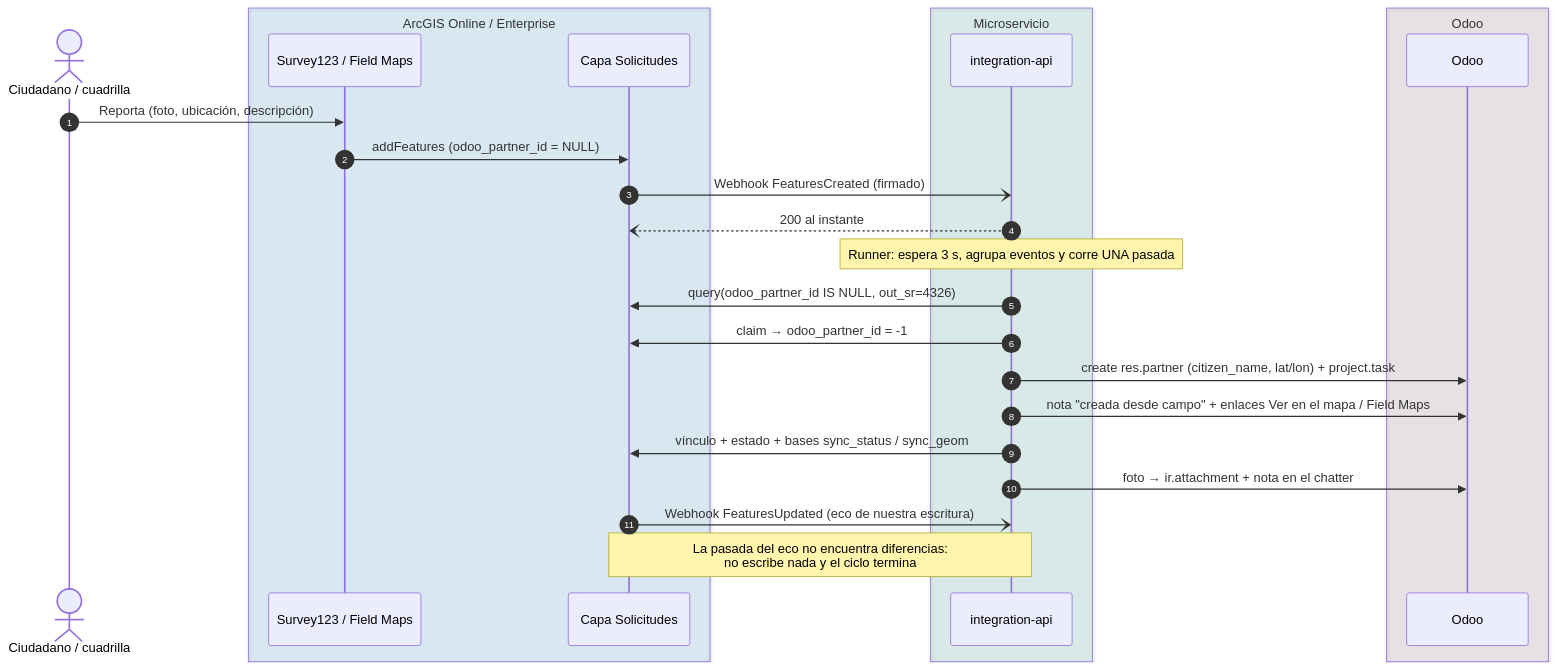
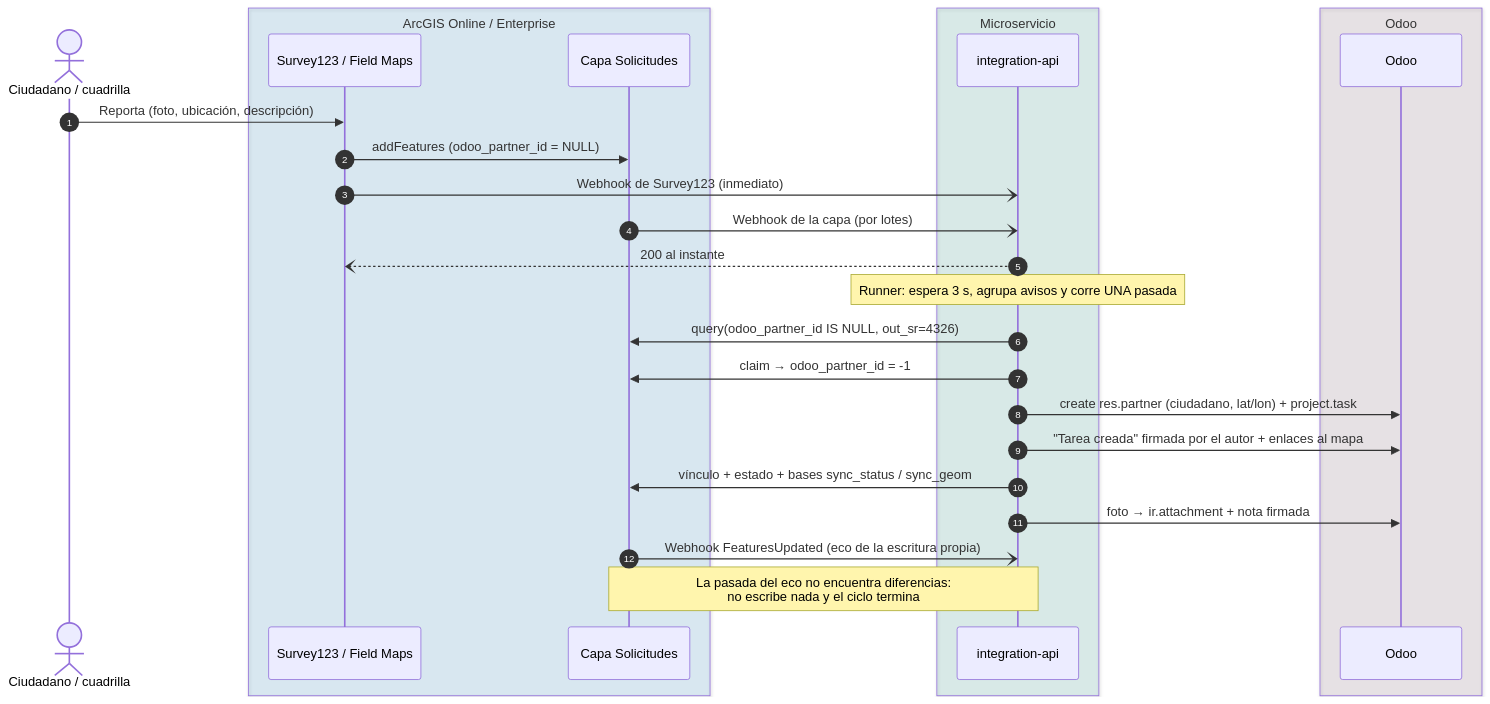
One commit to osbonilla/IntegracionOdooArcGIS changed the fourth of 9 diagrams in README.md. Above: the diagram before and after it, drawn with Mermaid. The commit also changed other lines of this file and 6 other files, not shown here.

````diff
--- a/README.md
+++ b/README.md
@@ -476,29 +716,30 @@
 ```mermaid
 sequenceDiagram
     autonumber
     actor C as Ciudadano / cuadrilla
     box rgba(0,121,193,0.12) ArcGIS Online / Enterprise
         participant F as Survey123 / Field Maps
         participant L as Capa Solicitudes
     end
     box rgba(0,137,123,0.12) Microservicio
         participant API as integration-api
     end
     box rgba(113,75,103,0.12) Odoo
         participant O as Odoo
     end
 
     C->>F: Reporta (foto, ubicación, descripción)
     F->>L: addFeatures (odoo_partner_id = NULL)
-    L-)API: Webhook FeaturesCreated (firmado)
-    API--)L: 200 al instante
-    Note over API: Runner: espera 3 s, agrupa eventos y corre UNA pasada
+    F-)API: Webhook de Survey123 (inmediato)
+    L-)API: Webhook de la capa (por lotes)
+    API--)F: 200 al instante
+    Note over API: Runner: espera 3 s, agrupa avisos y corre UNA pasada
     API->>L: query(odoo_partner_id IS NULL, out_sr=4326)
     API->>L: claim → odoo_partner_id = -1
-    API->>O: create res.partner (citizen_name, lat/lon) + project.task
-    API->>O: nota "creada desde campo" + enlaces Ver en el mapa / Field Maps
+    API->>O: create res.partner (ciudadano, lat/lon) + project.task
+    API->>O: "Tarea creada" firmada por el autor + enlaces al mapa
     API->>L: vínculo + estado + bases sync_status / sync_geom
-    API->>O: foto → ir.attachment + nota en el chatter
-    L-)API: Webhook FeaturesUpdated (eco de nuestra escritura)
+    API->>O: foto → ir.attachment + nota firmada
+    L-)API: Webhook FeaturesUpdated (eco de la escritura propia)
     Note over API,L: La pasada del eco no encuentra diferencias:<br/>no escribe nada y el ciclo termina
 ```
````
